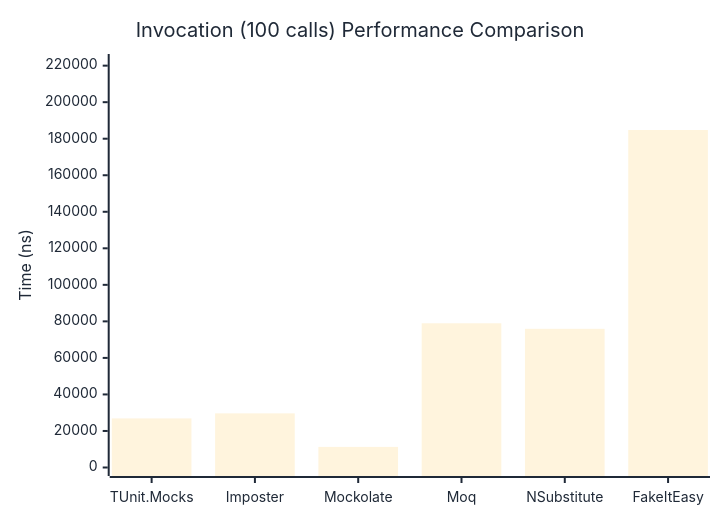
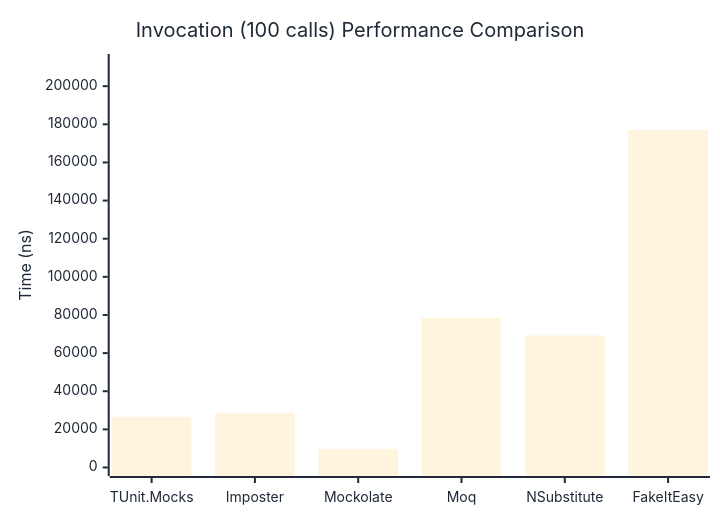
The third of 3 diagrams in docs/docs/benchmarks/mocks/Invocation.md (thomhurst/TUnit), drawn with Mermaid before and after one commit. The commit also changed other lines of this file and 14 other files, not shown here.

````diff
--- a/docs/docs/benchmarks/mocks/Invocation.md
+++ b/docs/docs/benchmarks/mocks/Invocation.md
@@ -112,27 +112,27 @@
 ```mermaid
 %%{init: {
   'theme':'base',
   'themeVariables': {
     'primaryColor': '#2563eb',
     'primaryTextColor': '#1f2937',
     'primaryBorderColor': '#1e40af',
     'lineColor': '#6b7280',
     'secondaryColor': '#7c3aed',
     'tertiaryColor': '#dc2626',
     'background': '#ffffff',
     'pie1': '#2563eb',
     'pie2': '#7c3aed',
     'pie3': '#dc2626',
     'pie4': '#f59e0b',
     'pie5': '#10b981',
     'pie6': '#06b6d4',
     'pie7': '#ec4899',
     'pie8': '#6366f1'
   }
 }}%%
 xychart-beta
   title "Invocation (100 calls) Performance Comparison"
   x-axis ["TUnit.Mocks", "Imposter", "Mockolate", "Moq", "NSubstitute", "FakeItEasy"]
-  y-axis "Time (ns)" 0 --> 221724
-  bar [26871.91, 29637.33, 11274.4, 78956.34, 75918.48, 184769.97]
+  y-axis "Time (ns)" 0 --> 212420
+  bar [26620.33, 28642.89, 9829.62, 78446.11, 69253.19, 177016.1]
 ```
````
